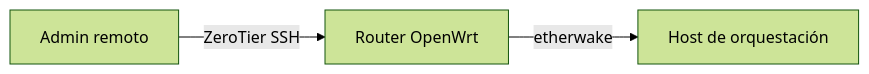
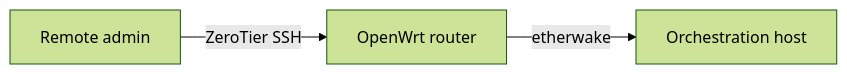
The second of 2 diagrams in docs/configuracion/gateway.md (ccasanueva7/fcefyn_testbed_utils), drawn with Mermaid (forest theme) before and after one commit. The commit also changed other lines of this file and 23 other files, not shown here.

````diff
--- a/docs/configuracion/gateway.md
+++ b/docs/configuracion/gateway.md
@@ -521,9 +520,9 @@
 ```mermaid
 flowchart LR
-    admin["Admin remoto"]
-    router["Router OpenWrt"]
-    host["Host de orquestación"]
+    admin["Remote admin"]
+    router["OpenWrt router"]
+    host["Orchestration host"]
 
     admin -->|"ZeroTier SSH"| router
     router -->|"etherwake"| host
 ```
````
